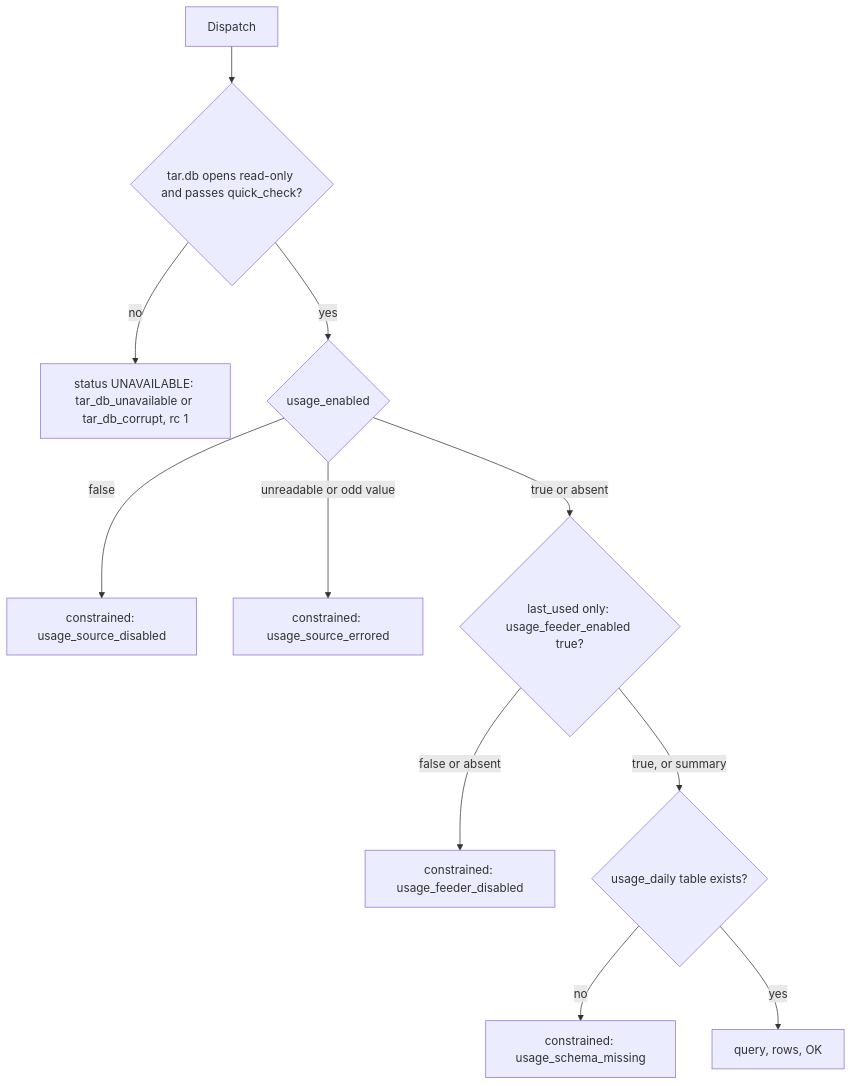
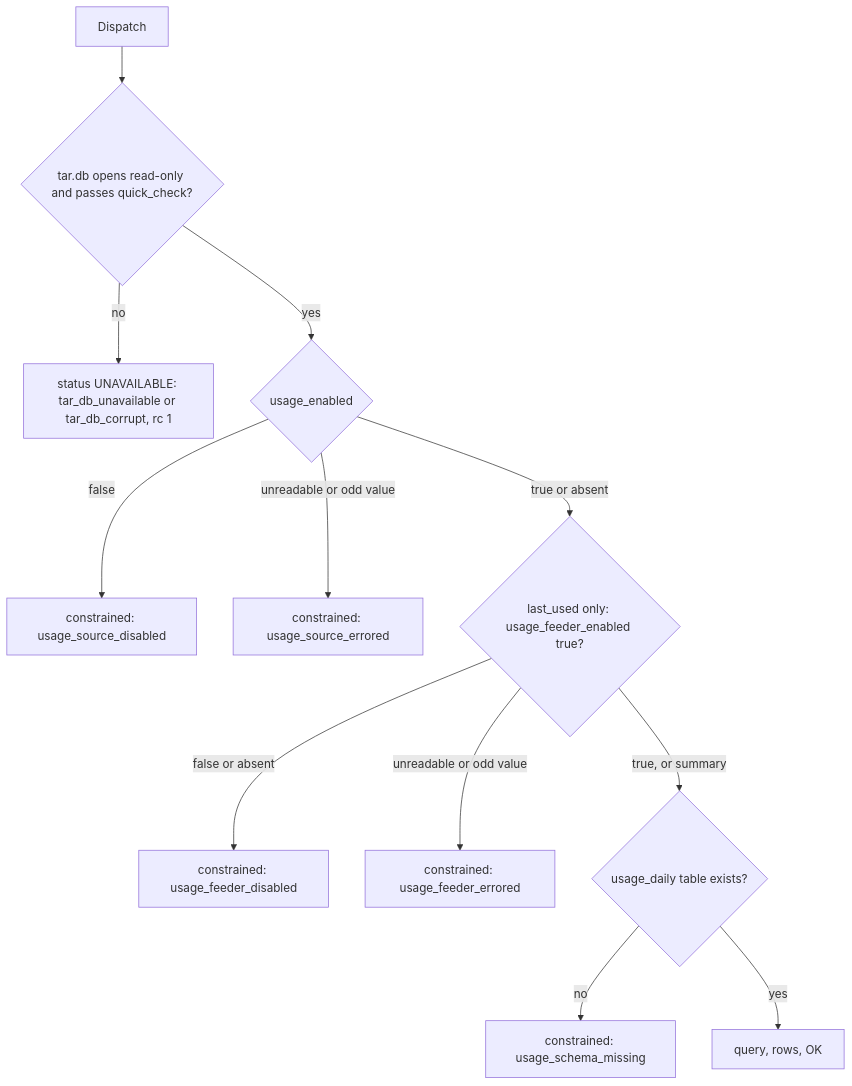
One commit to DevNullLtd/Yuzu changed the second of 3 diagrams in agents/plugins/app_usage/README.md. Above: the diagram before and after it, drawn with Mermaid. The commit also changed other lines of this file and 69 other files, not shown here.

````diff
--- a/agents/plugins/app_usage/README.md
+++ b/agents/plugins/app_usage/README.md
@@ -54,13 +54,14 @@
 ```mermaid
 flowchart TD
   A["Dispatch"] --> B{"tar.db opens read-only and passes quick_check?"}
   B -->|"no"| U["status UNAVAILABLE: tar_db_unavailable or tar_db_corrupt, rc 1"]
   B -->|"yes"| C{"usage_enabled"}
   C -->|"false"| D1["constrained: usage_source_disabled"]
   C -->|"unreadable or odd value"| D2["constrained: usage_source_errored"]
   C -->|"true or absent"| F{"last_used only: usage_feeder_enabled true?"}
   F -->|"false or absent"| D3["constrained: usage_feeder_disabled"]
+  F -->|"unreadable or odd value"| D5["constrained: usage_feeder_errored"]
   F -->|"true, or summary"| T{"usage_daily table exists?"}
   T -->|"no"| D4["constrained: usage_schema_missing"]
   T -->|"yes"| Q["query, rows, OK"]
 ```
````
